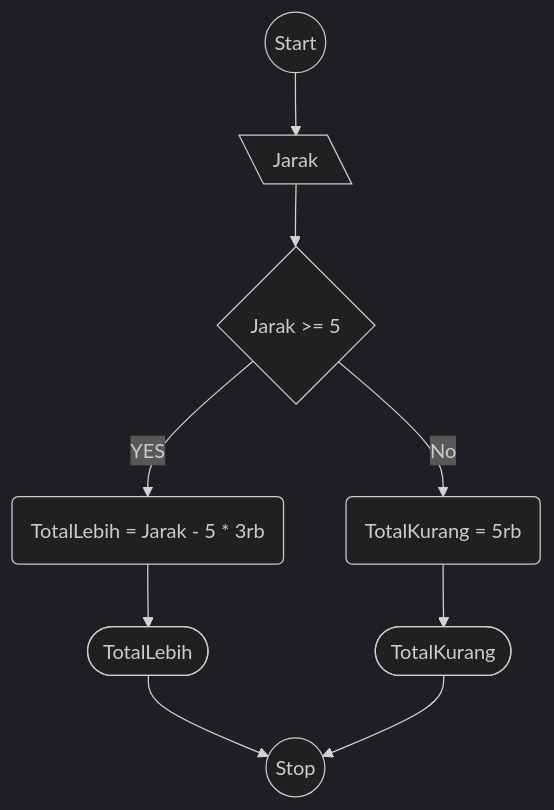
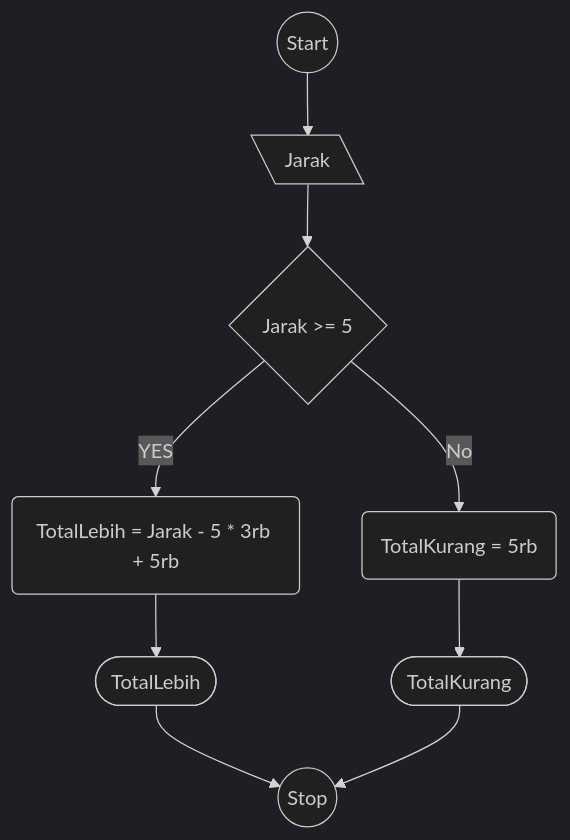
One commit to ariekas/koda-b4-algoritma changed the diagram in MiniTaks8.md. Above: the diagram before and after it, drawn with Mermaid (dark theme).

````diff
--- a/MiniTaks8.md
+++ b/MiniTaks8.md
@@ -3,20 +3,20 @@
 ```mermaid
 flowchart TD
 Start((Start))
 Input[\Jarak\]
 Decision{Jarak >= 5}
-ProcessLebih(TotalLebih = Jarak - 5 * 3rb)
+ProcessLebih(TotalLebih = Jarak - 5 * 3rb + 5rb)
 ProcessKurang(TotalKurang = 5rb)
 TerminatorLebih([TotalLebih])
 TerminatorKurang([TotalKurang])
 Stop((Stop))
 
 Start --> Input
 Input --> Decision
 Decision -- YES --> ProcessLebih
 Decision -- No --> ProcessKurang
 ProcessLebih --> TerminatorLebih
 ProcessKurang --> TerminatorKurang
 TerminatorLebih & TerminatorKurang --> Stop
 
 ```
````
